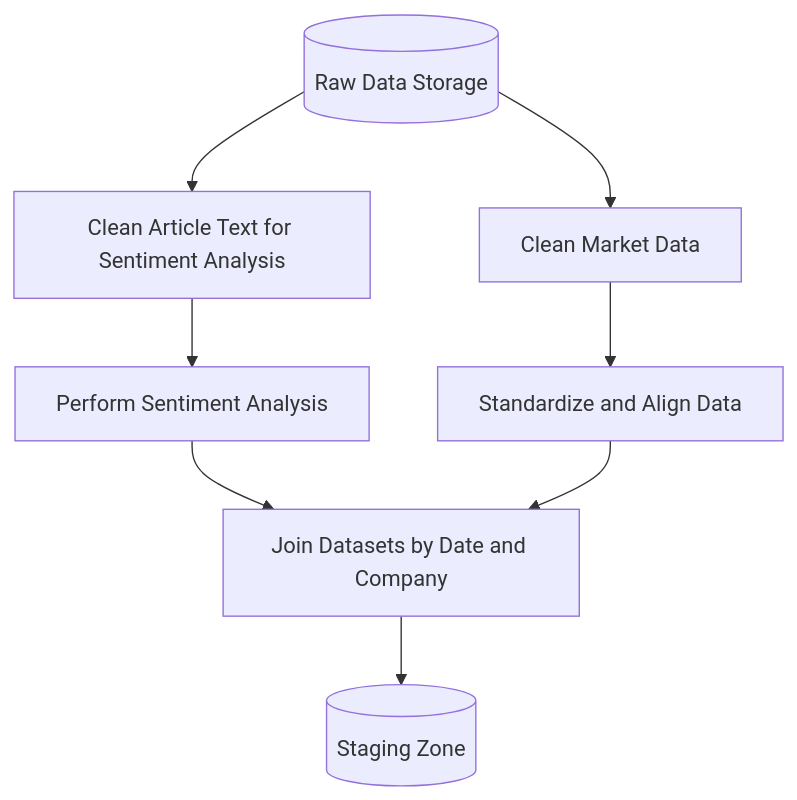
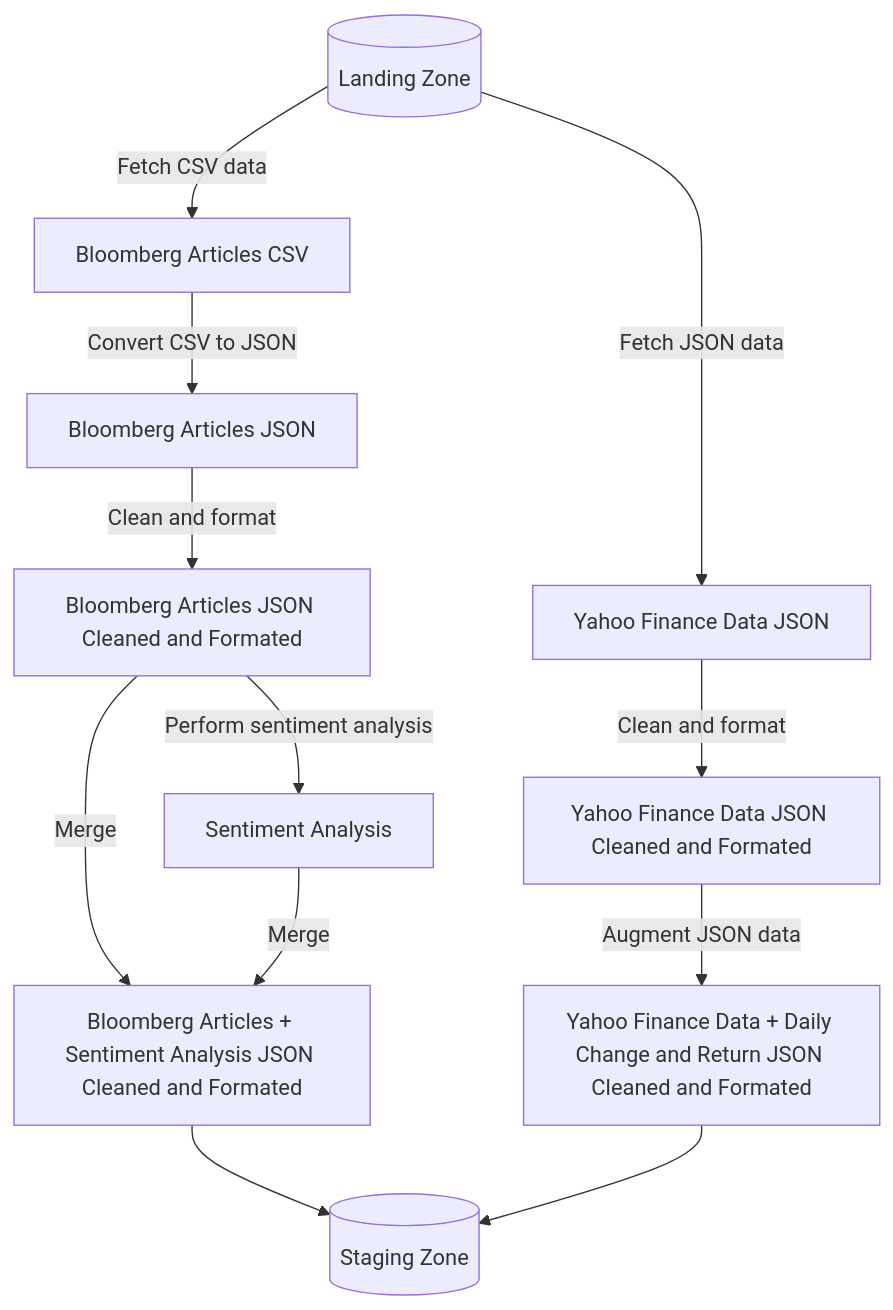
The second of 3 diagrams in README.md (monthenry/StockMood), drawn with Mermaid before and after one commit. The commit also changed other lines of this file, not shown here.

Commit message:
Added pipeline diagrams

````diff
--- a/README.md
+++ b/README.md
@@ -65,10 +71,16 @@
 ```mermaid
 flowchart TD
-    raw[(Raw Data Storage)] --> clean1[Clean Article Text for Sentiment Analysis]
-    raw --> clean2[Clean Market Data]
-    clean1 --> enrich1[Perform Sentiment Analysis]
-    clean2 --> enrich2[Standardize and Align Data]
-    enrich1 --> join[Join Datasets by Date and Company]
-    enrich2 --> join
-    join --> stage[(Staging Zone)]
+    landing[(Landing Zone)] --> |Fetch CSV data| bloomberg_branch[Bloomberg Articles CSV]
+    landing --> |Fetch JSON data| yahoo_branch[Yahoo Finance Data JSON]
+
+    bloomberg_branch --> |Convert CSV to JSON| convert_json[Bloomberg Articles JSON]
+    convert_json --> |Clean and format| clean_bloomberg[Bloomberg Articles JSON Cleaned and Formated]
+    clean_bloomberg --> |Perform sentiment analysis| sentiment_analysis[Sentiment Analysis]
+    clean_bloomberg --> |Merge| merge_bloomberg[Bloomberg Articles + Sentiment Analysis JSON Cleaned and Formated]
+    sentiment_analysis --> |Merge| merge_bloomberg
+    merge_bloomberg --> staging[(Staging Zone)]
+
+    yahoo_branch --> |Clean and format| clean_yahoo[Yahoo Finance Data JSON Cleaned and Formated]
+    clean_yahoo --> |Augment JSON data| augment_yahoo[Yahoo Finance Data + Daily Change and Return JSON Cleaned and Formated]
+    augment_yahoo --> staging
 ```
````
